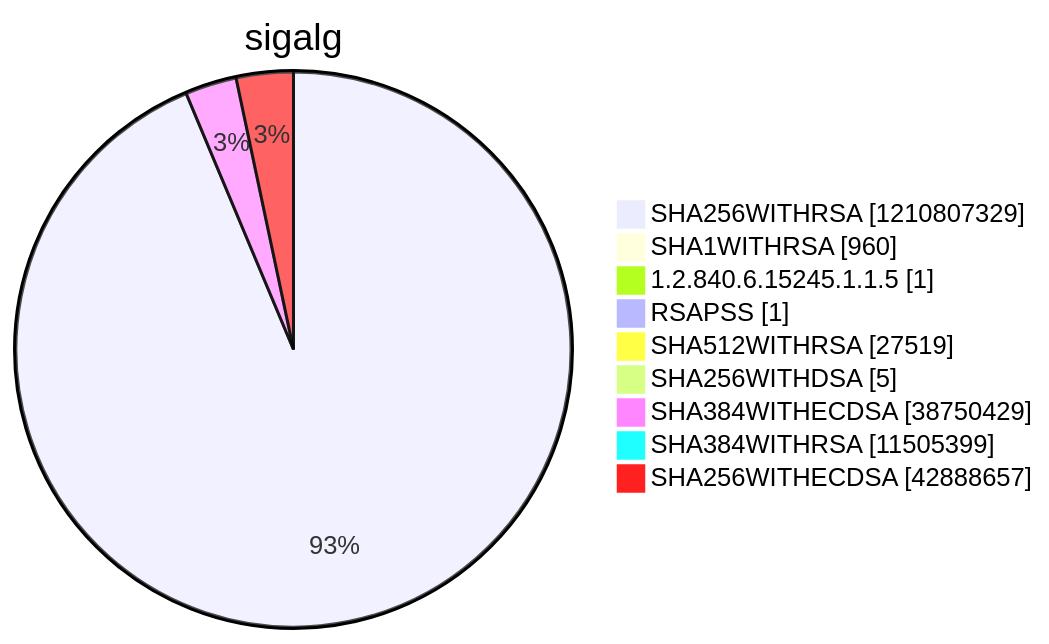
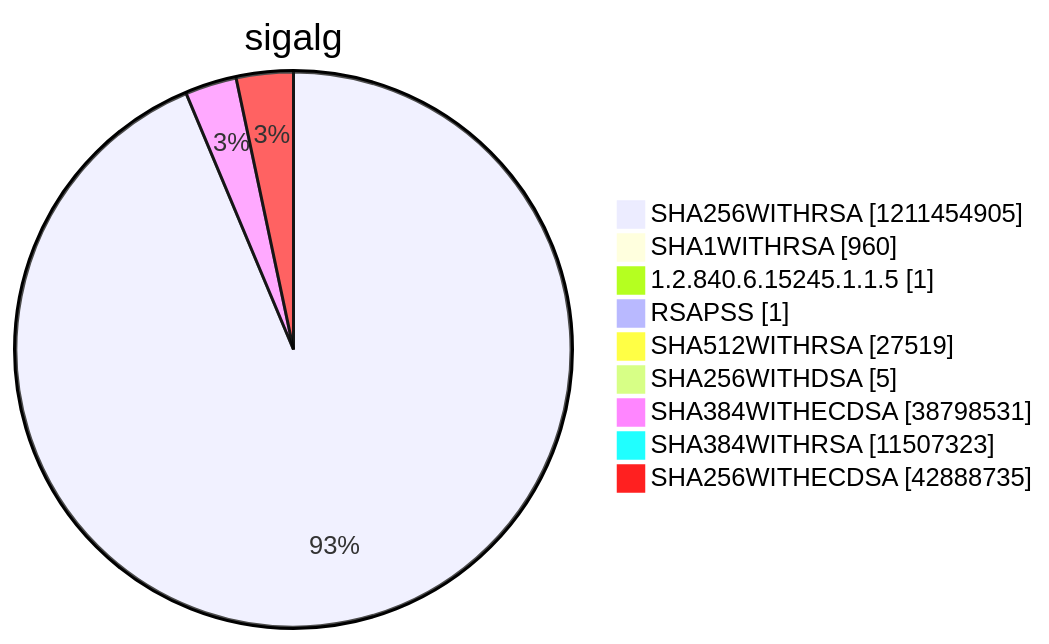
Before and after one commit to christiankrug/ctmonitor_visualization: diagram 15 of 15 in argon2022/README.md, drawn with Mermaid. The commit also changed other lines of this file, not shown here.

````diff
--- a/argon2022/README.md
+++ b/argon2022/README.md
@@ -5520,13 +5520,13 @@
 ```mermaid
 pie showData
 title sigalg
-"SHA256WITHRSA" :1210807329
+"SHA256WITHRSA" :1211454905
 "SHA1WITHRSA" :960
 "1.2.840.6.15245.1.1.5" :1
 "RSAPSS" :1
 "SHA512WITHRSA" :27519
 "SHA256WITHDSA" :5
-"SHA384WITHECDSA" :38750429
-"SHA384WITHRSA" :11505399
-"SHA256WITHECDSA" :42888657
+"SHA384WITHECDSA" :38798531
+"SHA384WITHRSA" :11507323
+"SHA256WITHECDSA" :42888735
 ```
````
